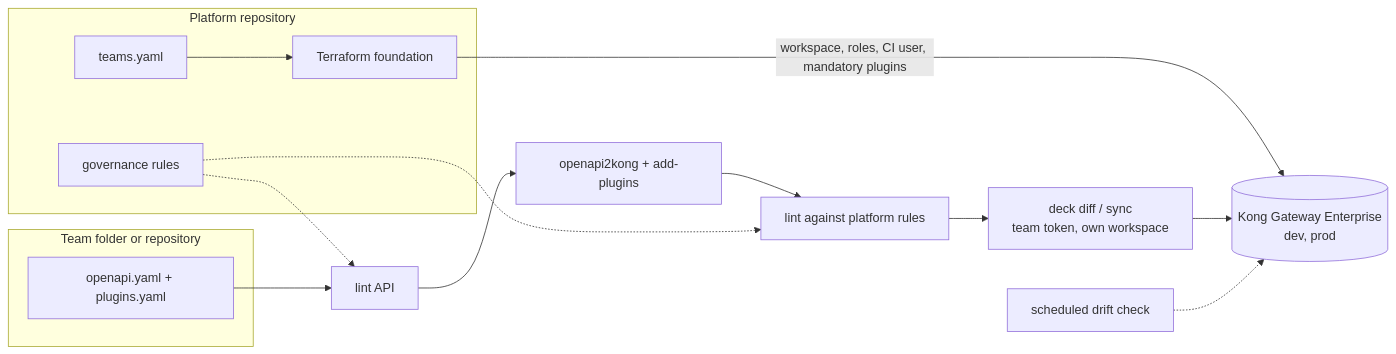
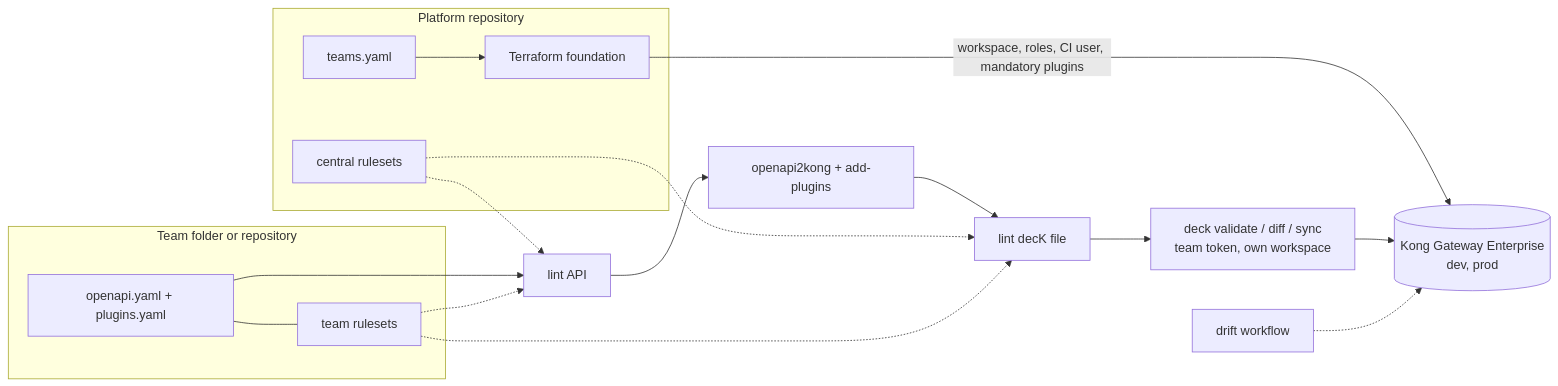
Before and after one commit to bhatikuldeep/kong-federated-apiops: the diagram in README.md, drawn with Mermaid. The commit also changed other lines of this file and 3 other files, not shown here.

````diff
--- a/README.md
+++ b/README.md
@@ -13,15 +15,16 @@
 ```mermaid
 flowchart LR
   subgraph platform[Platform repository]
     TY[teams.yaml] --> TF[Terraform foundation]
-    GOV[governance rules]
+    GOV[central rulesets]
   end
   subgraph team[Team folder or repository]
-    OAS[openapi.yaml + plugins.yaml]
+    OAS[openapi.yaml + plugins.yaml] --- TR[team rulesets]
   end
   TF -->|workspace, roles, CI user, mandatory plugins| K[(Kong Gateway Enterprise<br/>dev, prod)]
-  OAS --> L1[lint API] --> B[openapi2kong + add-plugins] --> L2[lint against platform rules] --> D[deck diff / sync<br/>team token, own workspace]
+  OAS --> L1[lint API] --> B[openapi2kong + add-plugins] --> L2[lint decK file] --> D[deck validate / diff / sync<br/>team token, own workspace]
   GOV -.-> L1 & L2
+  TR -.-> L1 & L2
   D --> K
-  DR[scheduled drift check] -.-> K
+  DR[drift workflow] -.-> K
 ```
````
